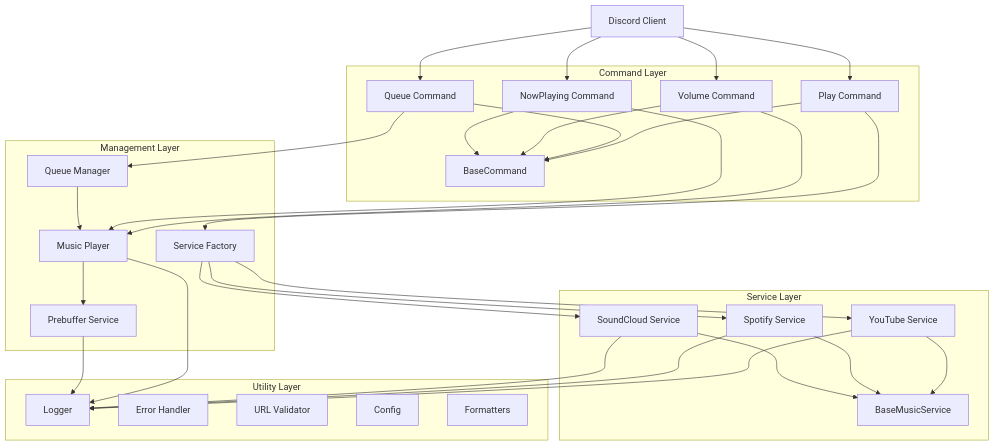
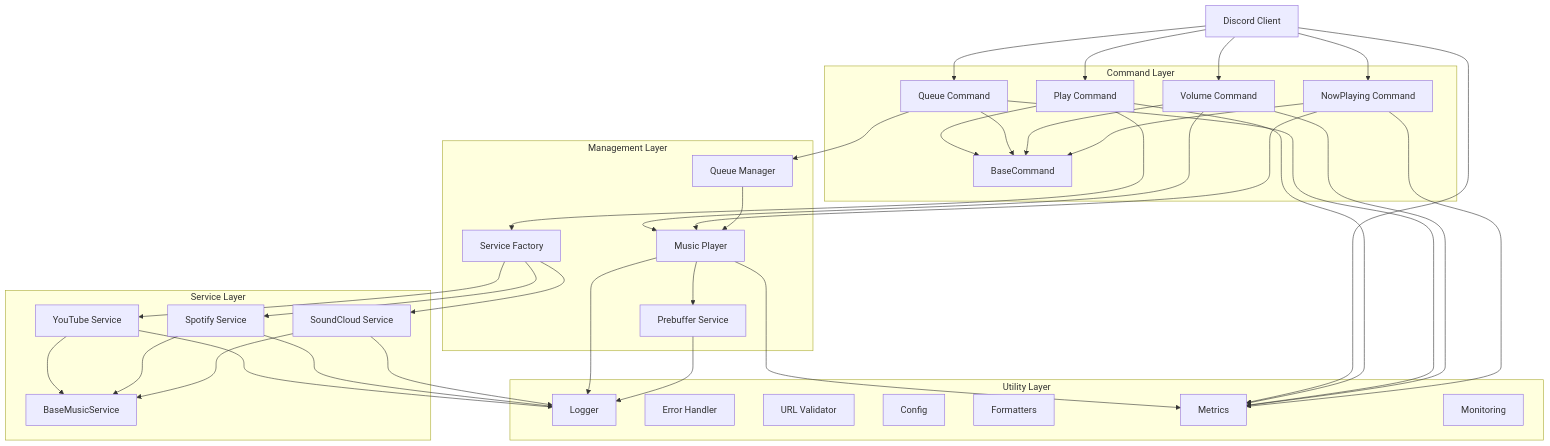
One commit to baguilartech/AMBER changed the first of 3 diagrams in wiki/Development/Architecture.md. Above: the diagram before and after it, drawn with Mermaid. The commit also changed other lines of this file and 10 other files, not shown here.

````diff
--- a/wiki/Development/Architecture.md
+++ b/wiki/Development/Architecture.md
@@ -9,66 +9,75 @@
 ```mermaid
 graph TB
     DC[Discord Client] 
     
     subgraph "Command Layer"
         PC[Play Command]
         QC[Queue Command] 
         VC[Volume Command]
         NC[NowPlaying Command]
         BC[BaseCommand]
     end
     
     subgraph "Service Layer"
         YS[YouTube Service]
         SS[Spotify Service]
         SCS[SoundCloud Service]
         BMS[BaseMusicService]
     end
     
     subgraph "Management Layer"
         QM[Queue Manager]
         MP[Music Player]
         SF[Service Factory]
         PS[Prebuffer Service]
     end
     
     subgraph "Utility Layer"
         L[Logger]
         EH[Error Handler]
         UV[URL Validator]
         C[Config]
         F[Formatters]
+        M[Metrics]
+        MON[Monitoring]
     end
     
     DC --> PC
     DC --> QC
     DC --> VC
     DC --> NC
     
     PC --> BC
     QC --> BC
     VC --> BC
     NC --> BC
     
     PC --> SF
     QC --> QM
     VC --> MP
     NC --> MP
     
     SF --> YS
     SF --> SS
     SF --> SCS
     
     YS --> BMS
     SS --> BMS
     SCS --> BMS
     
     QM --> MP
     MP --> PS
     MP --> L
     PS --> L
+    MP --> M
     
     YS --> L
     SS --> L
     SCS --> L
+    
+    DC --> M
+    PC --> M
+    QC --> M
+    VC --> M
+    NC --> M
 ```
````
